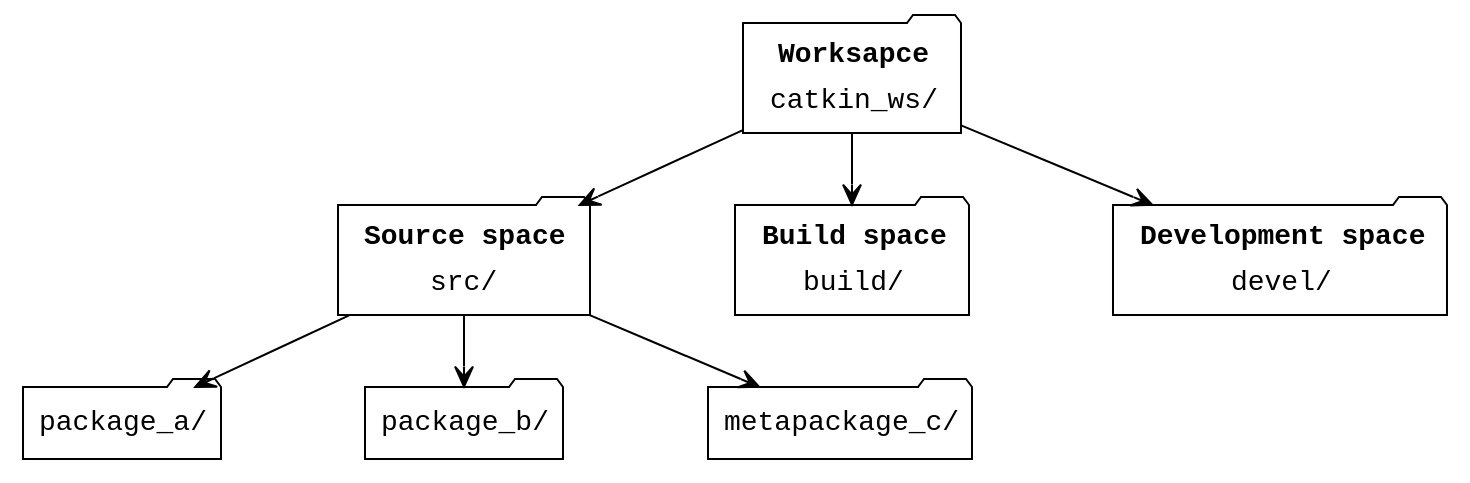
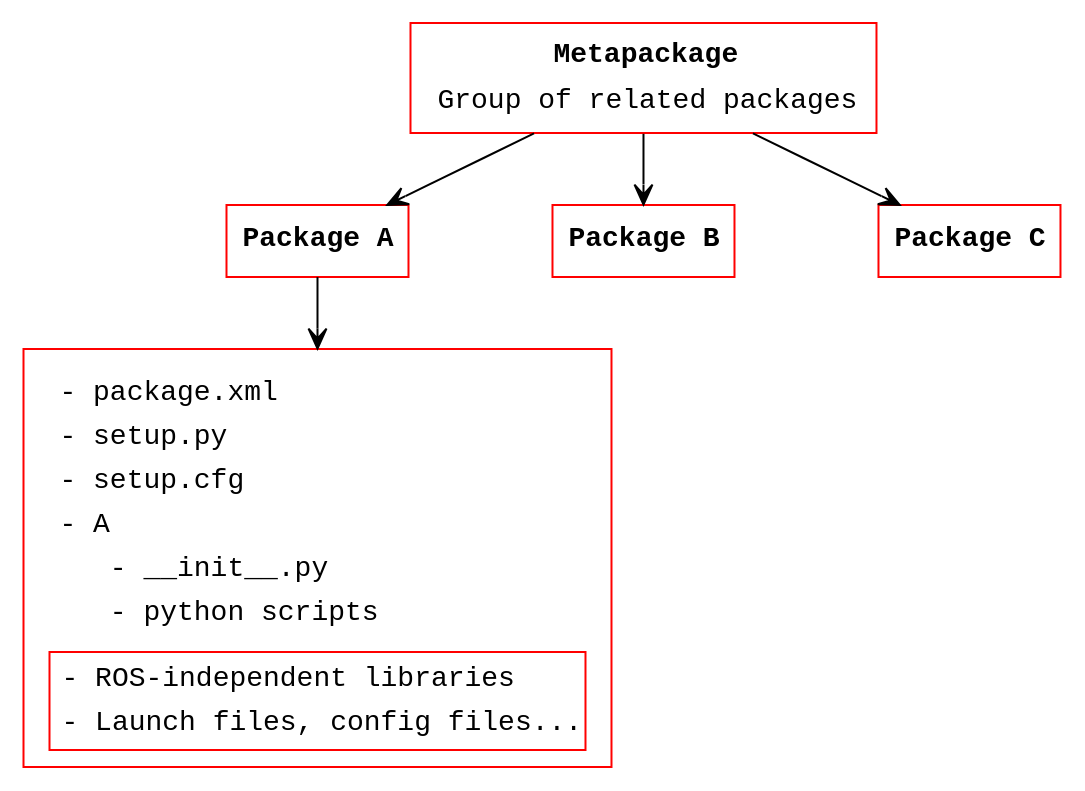
One commit to ABC-iRobotics/advanced_ros_course_materials_en changed the second of 2 diagrams in docs/02_linux_ros_principles.md. Above: the diagram before and after it, drawn with Graphviz. The commit also changed other lines of this file and 2 other files, not shown here.

````diff
--- a/docs/02_linux_ros_principles.md
+++ b/docs/02_linux_ros_principles.md
@@ -192,39 +188,40 @@
-```graphviz dot workspace.png
-digraph workspace {
+```graphviz dot packages.png
+digraph packages {
 
 nodesep=1.0 // increases the separation between nodes
-node [color=Black,fontname=Courier,shape=folder] //All nodes will this shape and colour
+node [color=Red,fontname=Courier,shape=box] //All nodes will this shape and colour
 edge [color=Black, style=solid, arrowhead=open] //All the lines look like this
 
-workspace [label=<
+Metapackage [label=<
     <table border="0" cellborder="0" cellspacing="3">
-    <tr><td align="center"><b>Worksapce</b></td></tr>
-    <tr><td align="center">catkin_ws/</td></tr>
+    <tr><td align="center"><b>Metapackage</b></td></tr>
+    <tr><td align="center">Group of related packages</td></tr>
    </table>>, constraint=false]
    
-   src [label=<
-    <table border="0" cellborder="0" cellspacing="3">
-    <tr><td align="center"><b>Source space</b></td></tr>
-    <tr><td align="center">src/</td></tr>
-   </table>>, constraint=false]
-   build [label=<
-    <table border="0" cellborder="0" cellspacing="3">
-    <tr><td align="center"><b>Build space</b></td></tr>
-    <tr><td align="center">build/</td></tr>
-   </table>>, constraint=false]
-   devel [label=<
-    <table border="0" cellborder="0" cellspacing="3">
-    <tr><td align="center"><b>Development space</b></td></tr>
-    <tr><td align="center">devel/</td></tr>
-   </table>>, constraint=false]
+   A [label=<<b>Package A</b>>, constraint=false]
+   B [label=<<b>Package B</b>>, constraint=false]
+   C [label=<<b>Package C</b>>, constraint=false]
    
-   pka [label=<package_a/>, constraint=false]
-   pkb [label=<package_b/>, constraint=false]
-   mpkc [label=<metapackage_c/>, constraint=false]
-  
+cmake [label=<
+   <table border="0" cellborder="0" cellspacing="3">
+    <tr><td><table border="0" cellborder="0" cellspacing="3">
+    <tr><td align="left">- package.xml</td></tr>
+    <tr><td align="left">- setup.py</td></tr>
+    <tr><td align="left">- setup.cfg</td></tr>
+    <tr><td align="left">- A</td></tr>
+    <tr><td align="left">    - __init__.py</td></tr>
+    <tr><td align="left">    - python scripts</td></tr>
+   </table></td></tr>
+   <tr><td><table border="1" cellborder="0" cellspacing="3">
+    <tr><td align="left">- ROS-independent libraries</td></tr>
+    <tr><td align="left">- Launch files, config files...</td></tr>
+   </table></td></tr>
+   </table>>, shape=box, constraint=false]
    
-   workspace->{src,build,devel}
-   src->{pka,pkb, mpkc}
+
+   
+   Metapackage->{A,B,C}
+   A->cmake
 
 }
 ```
````
